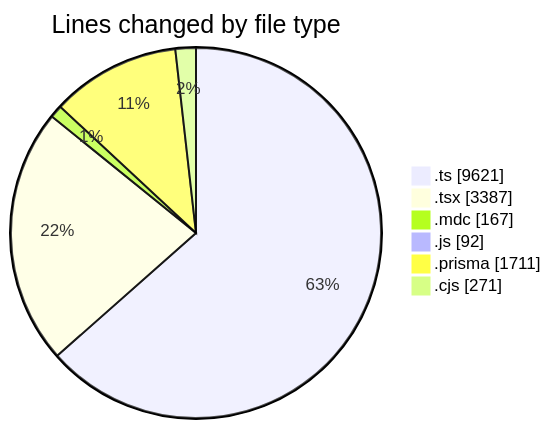
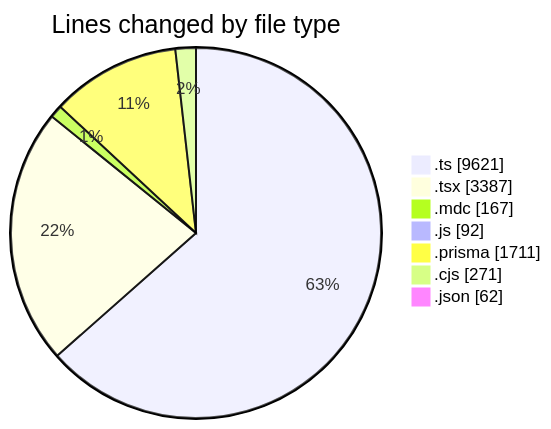
One commit to CELIANVF/code-tracking changed the first of 2 diagrams in 2025-06-06/ecodeli-1/README.md. Above: the diagram before and after it, drawn with Mermaid. The commit also changed other lines of this file and 1 other file, not shown here.

````diff
--- a/2025-06-06/ecodeli-1/README.md
+++ b/2025-06-06/ecodeli-1/README.md
@@ -58,10 +59,11 @@
 ```mermaid
 pie showData
 title Lines changed by file type
 ".ts" : 9621
 ".tsx" : 3387
 ".mdc" : 167
 ".js" : 92
 ".prisma" : 1711
 ".cjs" : 271
+".json" : 62
 ```
````
